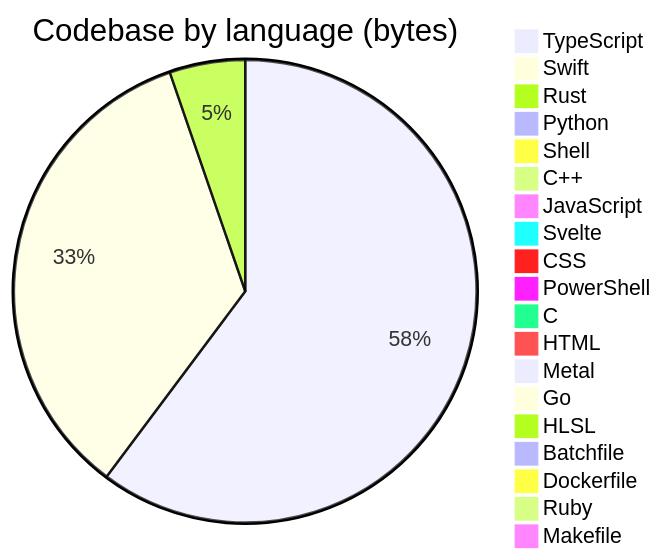
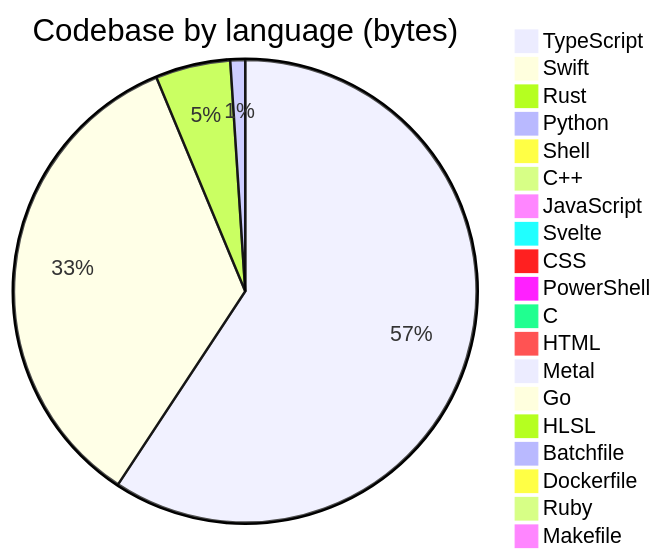
One commit to Open330/.github changed the diagram in profile/README.md. Above: the diagram before and after it, drawn with Mermaid. The commit also changed other lines of this file, not shown here.

````diff
--- a/profile/README.md
+++ b/profile/README.md
@@ -130,22 +130,22 @@
 ```mermaid
 pie title Codebase by language (bytes)
     "TypeScript" : 34523438
-    "Swift" : 19774624
-    "Rust" : 3029091
-    "Python" : 558918
-    "Shell" : 544549
+    "Swift" : 20076214
+    "Rust" : 3047896
+    "Python" : 602762
+    "Shell" : 566222
     "C++" : 388775
     "JavaScript" : 369505
     "Svelte" : 143451
     "CSS" : 143226
     "PowerShell" : 129999
     "C" : 114143
     "HTML" : 55101
     "Metal" : 33033
     "Go" : 22811
     "HLSL" : 7527
     "Batchfile" : 5870
     "Dockerfile" : 4893
     "Ruby" : 1554
     "Makefile" : 1150
 ```
````
